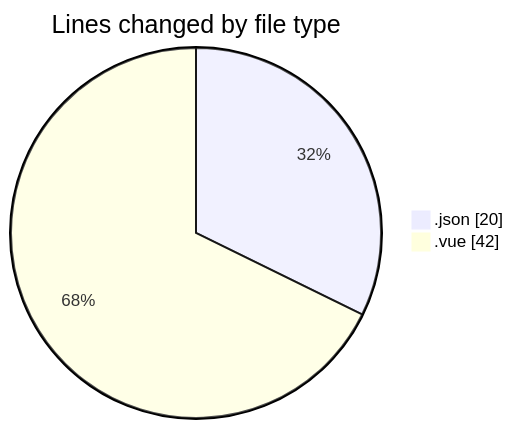
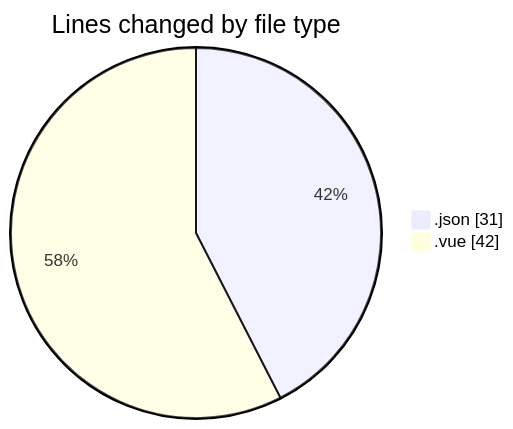
Before and after one commit to BS-eng2023/code-tracking: the first of 2 diagrams in 2025-03-26/new-app/README.md, drawn with Mermaid. The commit also changed other lines of this file and 1 other file, not shown here.

````diff
--- a/2025-03-26/new-app/README.md
+++ b/2025-03-26/new-app/README.md
@@ -22,6 +23,6 @@
 ```mermaid
 pie showData
 title Lines changed by file type
-".json" : 20
+".json" : 31
 ".vue" : 42
 ```
````
